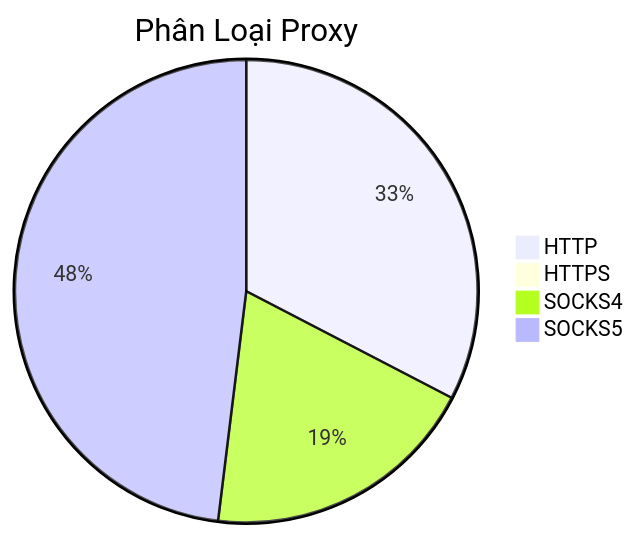
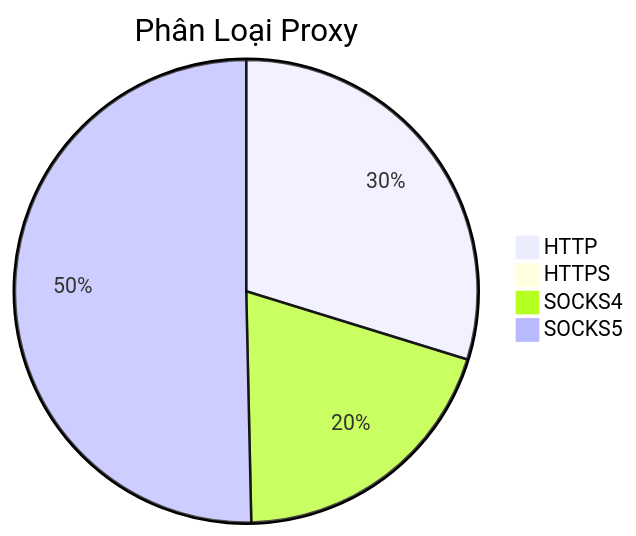
Before and after one commit to Ciara-12/PROXY-free: the diagram in README.md, drawn with Mermaid. The commit also changed other lines of this file and 4 other files, not shown here.

````diff
--- a/README.md
+++ b/README.md
@@ -26,7 +26,7 @@
 ```mermaid
 pie title Phân Loại Proxy
-    "HTTP" : 486
-    "HTTPS" : 2
-    "SOCKS4" : 288
-    "SOCKS5" : 716
+    "HTTP" : 428
+    "HTTPS" : 1
+    "SOCKS4" : 286
+    "SOCKS5" : 724
 ```
````
